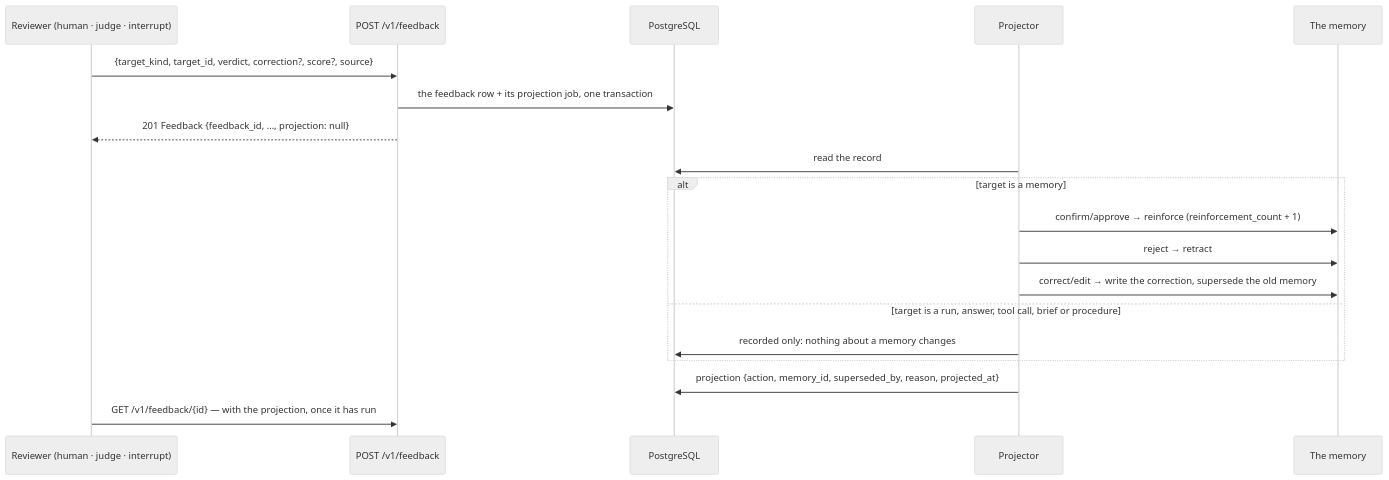
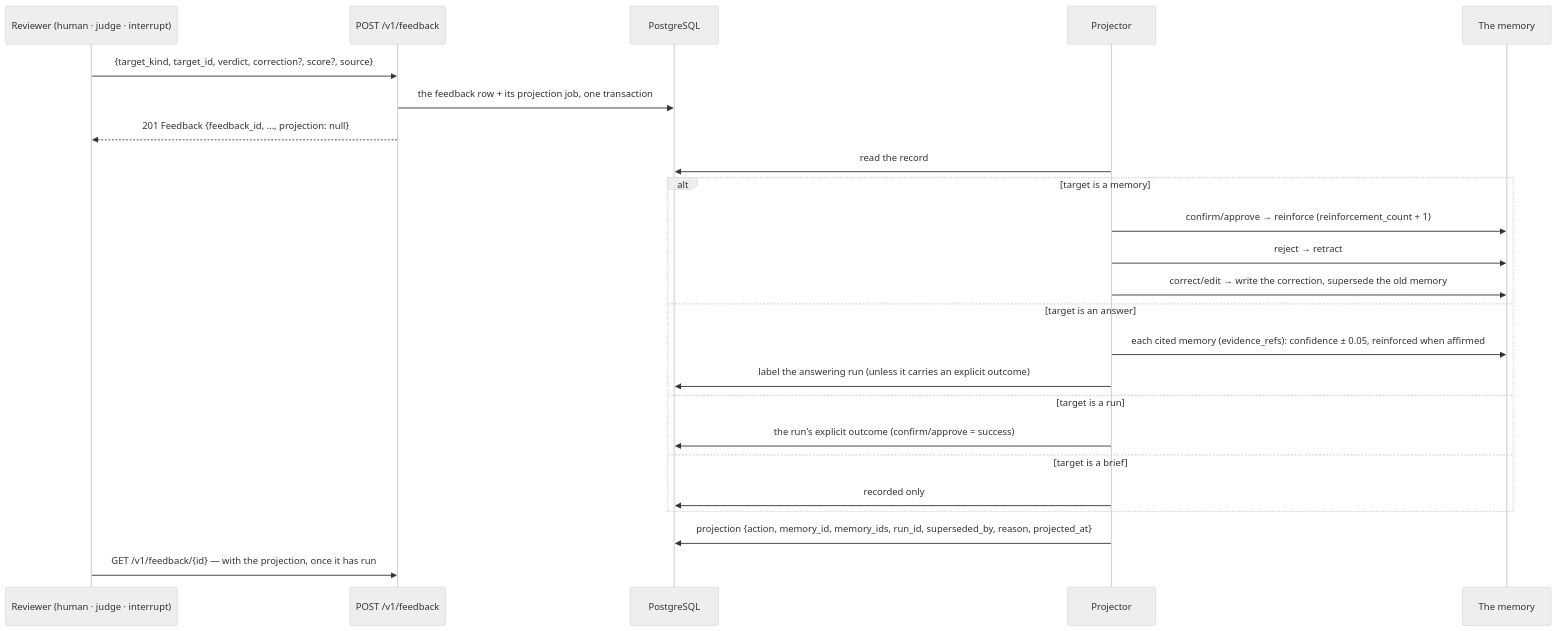
Before and after one commit to amitmohapatra/agent-memory-service: the diagram in docs/api/feedback.md, drawn with Mermaid (neutral theme). The commit also changed other lines of this file and 11 other files, not shown here.

````diff
--- a/docs/api/feedback.md
+++ b/docs/api/feedback.md
@@ -11,21 +12,26 @@
 ```mermaid
 sequenceDiagram
   participant R as Reviewer (human · judge · interrupt)
   participant F as POST /v1/feedback
   participant DB as PostgreSQL
   participant P as Projector
   participant M as The memory
   R->>F: {target_kind, target_id, verdict, correction?, score?, source}
   F->>DB: the feedback row + its projection job, one transaction
   F-->>R: 201 Feedback {feedback_id, …, projection: null}
   P->>DB: read the record
   alt target is a memory
     P->>M: confirm/approve → reinforce (reinforcement_count + 1)
     P->>M: reject → retract
     P->>M: correct/edit → write the correction, supersede the old memory
-  else target is a run, answer, tool call, brief or procedure
-    P->>DB: recorded only: nothing about a memory changes
+  else target is an answer
+    P->>M: each cited memory (evidence_refs): confidence ± 0.05, reinforced when affirmed
+    P->>DB: label the answering run (unless it carries an explicit outcome)
+  else target is a run
+    P->>DB: the run's explicit outcome (confirm/approve = success)
+  else target is a brief
+    P->>DB: recorded only
   end
-  P->>DB: projection {action, memory_id, superseded_by, reason, projected_at}
+  P->>DB: projection {action, memory_id, memory_ids, run_id, superseded_by, reason, projected_at}
   R->>F: GET /v1/feedback/{id} — with the projection, once it has run
 ```
````
